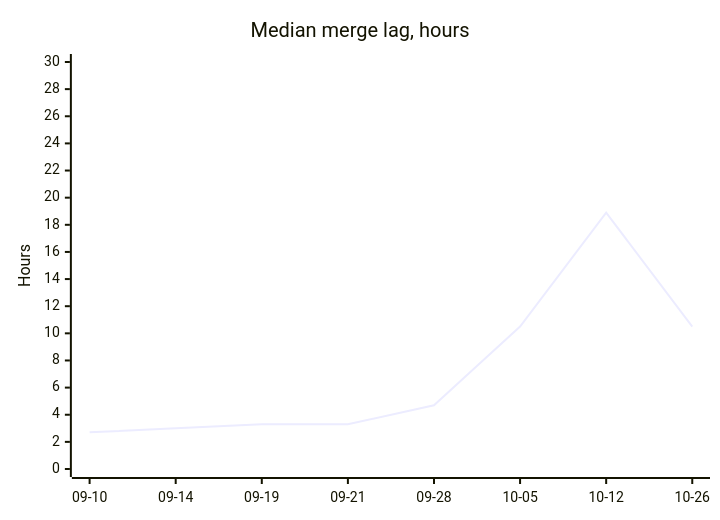
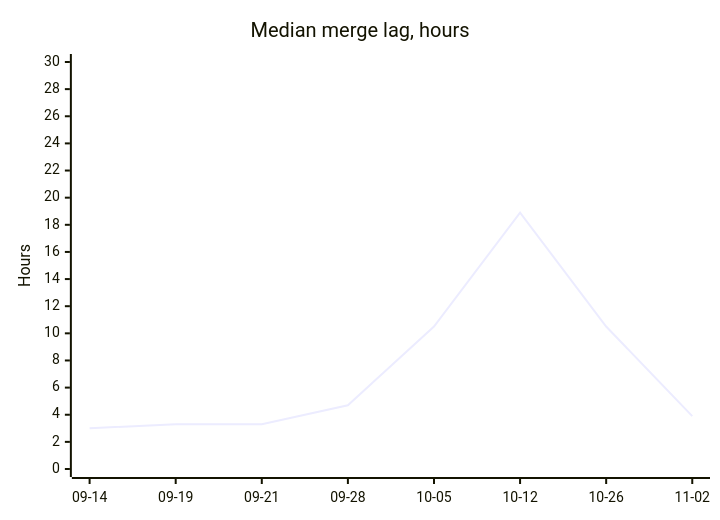
The second of 3 diagrams in project-pulse.md (sipyourdrink-ltd/bernstein), drawn with Mermaid before and after one commit. The commit also changed other lines of this file and 4 other files, not shown here.

````diff
--- a/project-pulse.md
+++ b/project-pulse.md
@@ -26,7 +26,7 @@
 ```mermaid
 xychart-beta
     title "Median merge lag, hours"
-    x-axis ["09-10", "09-14", "09-19", "09-21", "09-28", "10-05", "10-12", "10-26"]
+    x-axis ["09-14", "09-19", "09-21", "09-28", "10-05", "10-12", "10-26", "11-02"]
     y-axis "Hours" 0 --> 30
-    line [2.7, 3.0, 3.3, 3.3, 4.7, 10.5, 18.9, 10.5]
+    line [3.0, 3.3, 3.3, 4.7, 10.5, 18.9, 10.5, 3.9]
 ```
````
